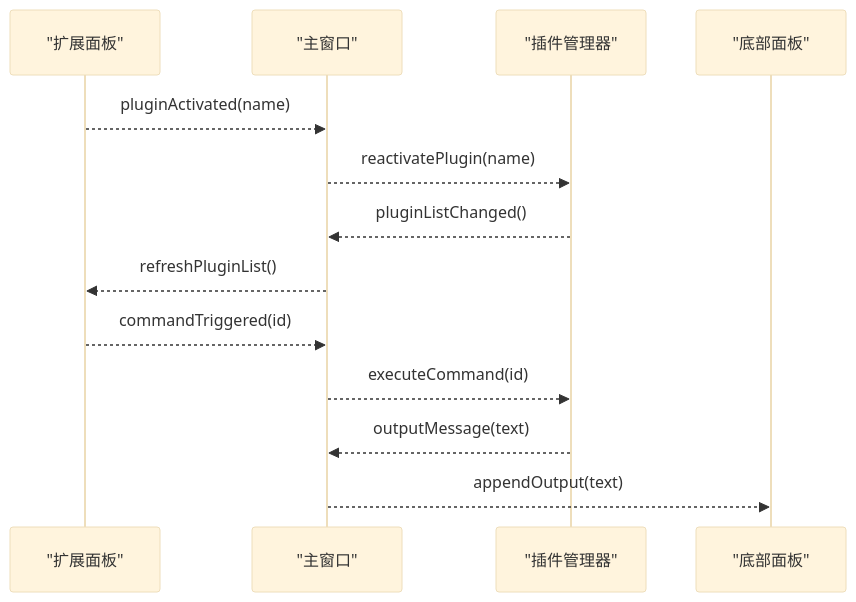
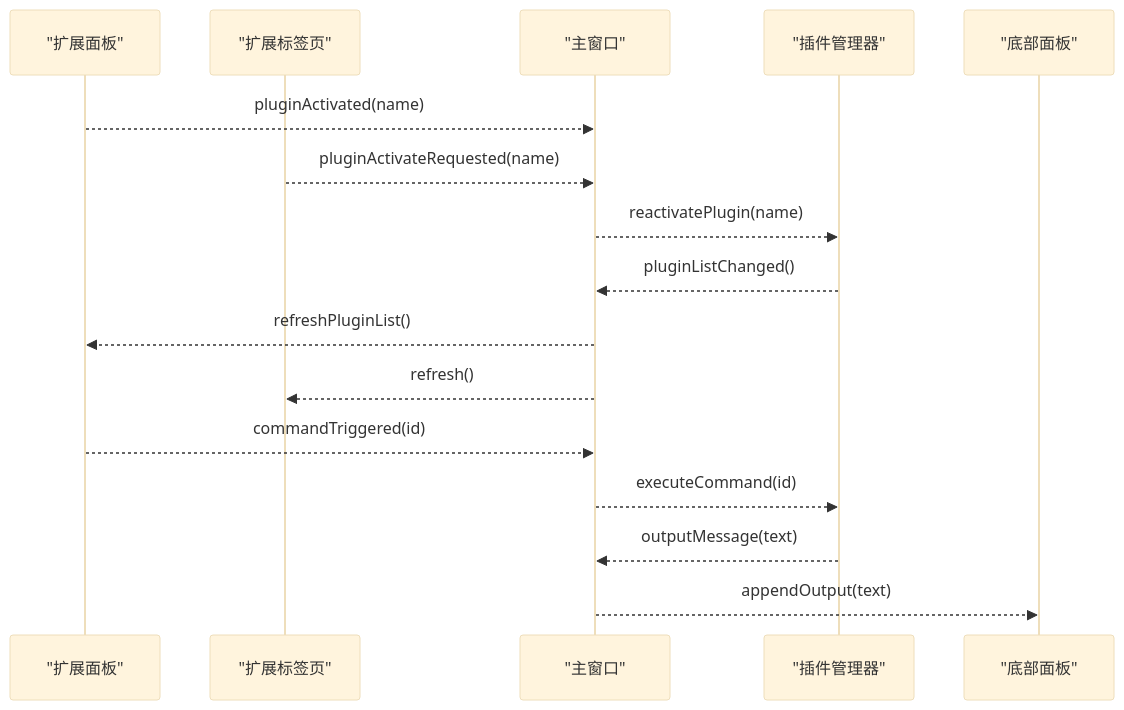
The fourth of 10 diagrams in .qoder/repowiki/zh/content/架构设计/插件系统架构/扩展面板系统.md (jakecai1225-design/OpenBus), drawn with Mermaid (base theme) before and after one commit. The commit also changed other lines of this file and 78 other files, not shown here.

````diff
--- a/.qoder/repowiki/zh/content/架构设计/插件系统架构/扩展面板系统.md
+++ b/.qoder/repowiki/zh/content/架构设计/插件系统架构/扩展面板系统.md
@@ -211,15 +222,18 @@
 ```mermaid
 sequenceDiagram
 participant EP as "扩展面板"
+participant ET as "扩展标签页"
 participant MW as "主窗口"
 participant PM as "插件管理器"
 participant BP as "底部面板"
 EP-->>MW : pluginActivated(name)
+ET-->>MW : pluginActivateRequested(name)
 MW-->>PM : reactivatePlugin(name)
 PM-->>MW : pluginListChanged()
 MW-->>EP : refreshPluginList()
+MW-->>ET : refresh()
 EP-->>MW : commandTriggered(id)
 MW-->>PM : executeCommand(id)
 PM-->>MW : outputMessage(text)
 MW-->>BP : appendOutput(text)
 ```
````
